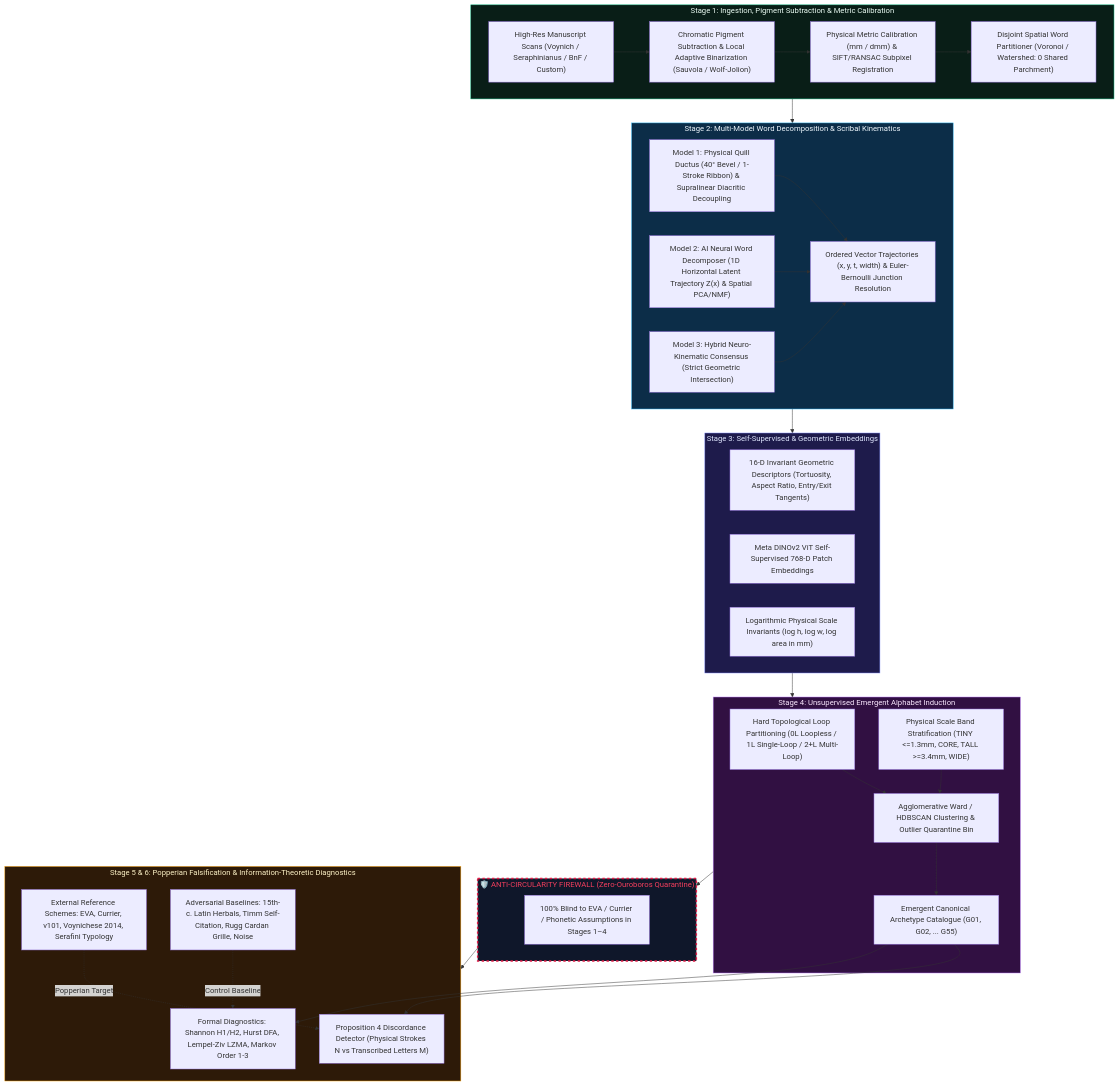
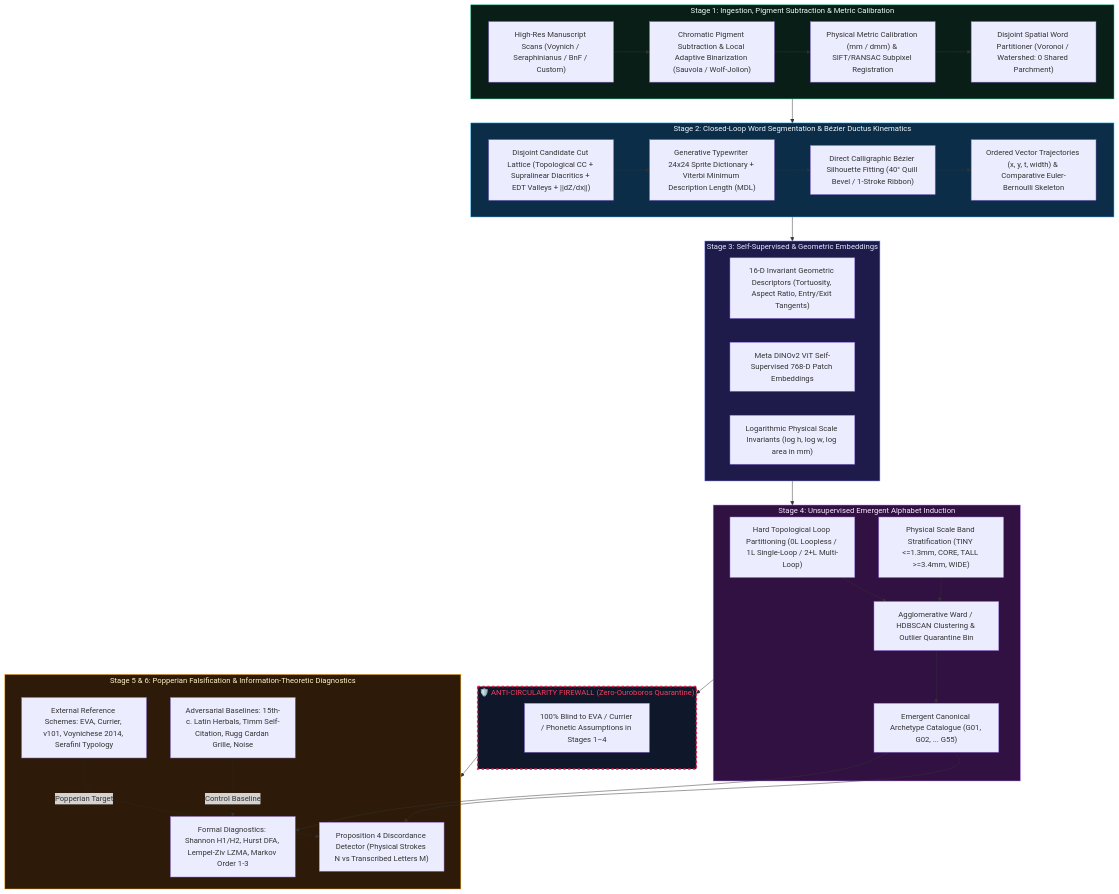
The diagram in README.md (silveremartin-dev/VoynichDuctus), drawn with Mermaid before and after one commit. The commit also changed other lines of this file and 28 other files, not shown here.

First line of the commit message:
feat(pipeline,explorer): converge onto Generative Typewriter Viterbi MDL segmentation & Bezier silhouette ductus

````diff
--- a/README.md
+++ b/README.md
@@ -177,59 +177,57 @@
 ```mermaid
 flowchart TD
     subgraph S1["Stage 1: Ingestion, Pigment Subtraction & Metric Calibration"]
         A1["High-Res Manuscript Scans (Voynich / Seraphinianus / BnF / Custom)"] --> A2["Chromatic Pigment Subtraction & Local Adaptive Binarization (Sauvola / Wolf-Jolion)"]
         A2 --> A3["Physical Metric Calibration (mm / dmm) & SIFT/RANSAC Subpixel Registration"]
         A3 --> A4["Disjoint Spatial Word Partitioner (Voronoi / Watershed: 0 Shared Parchment)"]
     end
 
-    subgraph S2["Stage 2: Multi-Model Word Decomposition & Scribal Kinematics"]
-        B1["Model 1: Physical Quill Ductus (40° Bevel / 1-Stroke Ribbon) & Supralinear Diacritic Decoupling"]
-        B2["Model 2: AI Neural Word Decomposer (1D Horizontal Latent Trajectory Z(x) & Spatial PCA/NMF)"]
-        B3["Model 3: Hybrid Neuro-Kinematic Consensus (Strict Geometric Intersection)"]
-        B4["Ordered Vector Trajectories (x, y, t, width) & Euler-Bernoulli Junction Resolution"]
-        B1 --> B4
-        B2 --> B4
-        B3 --> B4
+    subgraph S2["Stage 2: Closed-Loop Word Segmentation & Bézier Ductus Kinematics"]
+        B1["Disjoint Candidate Cut Lattice (Topological CC + Supralinear Diacritics + EDT Valleys + ||dZ/dx||)"]
+        B2["Generative Typewriter 24x24 Sprite Dictionary + Viterbi Minimum Description Length (MDL)"]
+        B3["Direct Calligraphic Bézier Silhouette Fitting (40° Quill Bevel / 1-Stroke Ribbon)"]
+        B4["Ordered Vector Trajectories (x, y, t, width) & Comparative Euler-Bernoulli Skeleton"]
+        B1 --> B2 --> B3 --> B4
     end
 
     subgraph S3["Stage 3: Self-Supervised & Geometric Embeddings"]
         C1["16-D Invariant Geometric Descriptors (Tortuosity, Aspect Ratio, Entry/Exit Tangents)"]
         C2["Meta DINOv2 ViT Self-Supervised 768-D Patch Embeddings"]
         C3["Logarithmic Physical Scale Invariants (log h, log w, log area in mm)"]
     end
 
     subgraph S4["Stage 4: Unsupervised Emergent Alphabet Induction"]
         D1["Hard Topological Loop Partitioning (0L Loopless / 1L Single-Loop / 2+L Multi-Loop)"]
         D2["Physical Scale Band Stratification (TINY <=1.3mm, CORE, TALL >=3.4mm, WIDE)"]
         D3["Agglomerative Ward / HDBSCAN Clustering & Outlier Quarantine Bin"]
         D4["Emergent Canonical Archetype Catalogue (G01, G02, ... G55)"]
         D1 --> D3 --> D4
         D2 --> D3
     end
 
     subgraph FIREWALL["🛡️ ANTI-CIRCULARITY FIREWALL (Zero-Ouroboros Quarantine)"]
         direction LR
         FW["100% Blind to EVA / Currier / Phonetic Assumptions in Stages 1–4"]
     end
 
     subgraph S5["Stage 5 & 6: Popperian Falsification & Information-Theoretic Diagnostics"]
         E1["Proposition 4 Discordance Detector (Physical Strokes N vs Transcribed Letters M)"]
         E2["Formal Diagnostics: Shannon H1/H2, Hurst DFA, Lempel-Ziv LZMA, Markov Order 1-3"]
         E3["External Reference Schemes: EVA, Currier, v101, Voynichese 2014, Serafini Typology"]
         E4["Adversarial Baselines: 15th-c. Latin Herbals, Timm Self-Citation, Rugg Cardan Grille, Noise"]
         D4 --> E1
         D4 --> E2
         E3 -.->|Popperian Target| E1
         E4 -.->|Control Baseline| E2
     end
 
     S1 --> S2 --> S3 --> S4
     S4 --> FIREWALL --> S5
 
     style FIREWALL fill:#0f172a,stroke:#e11d48,stroke-width:3px,stroke-dasharray: 5 5,color:#f43f5e
     style S1 fill:#091e17,stroke:#10b981,color:#ecfdf5
     style S2 fill:#0c2d48,stroke:#38bdf8,color:#f0f9ff
     style S3 fill:#1e1b4b,stroke:#818cf8,color:#e0e7ff
     style S4 fill:#311042,stroke:#c084fc,color:#fae8ff
     style S5 fill:#2d1a08,stroke:#f59e0b,color:#fef3c7
 ```
````
